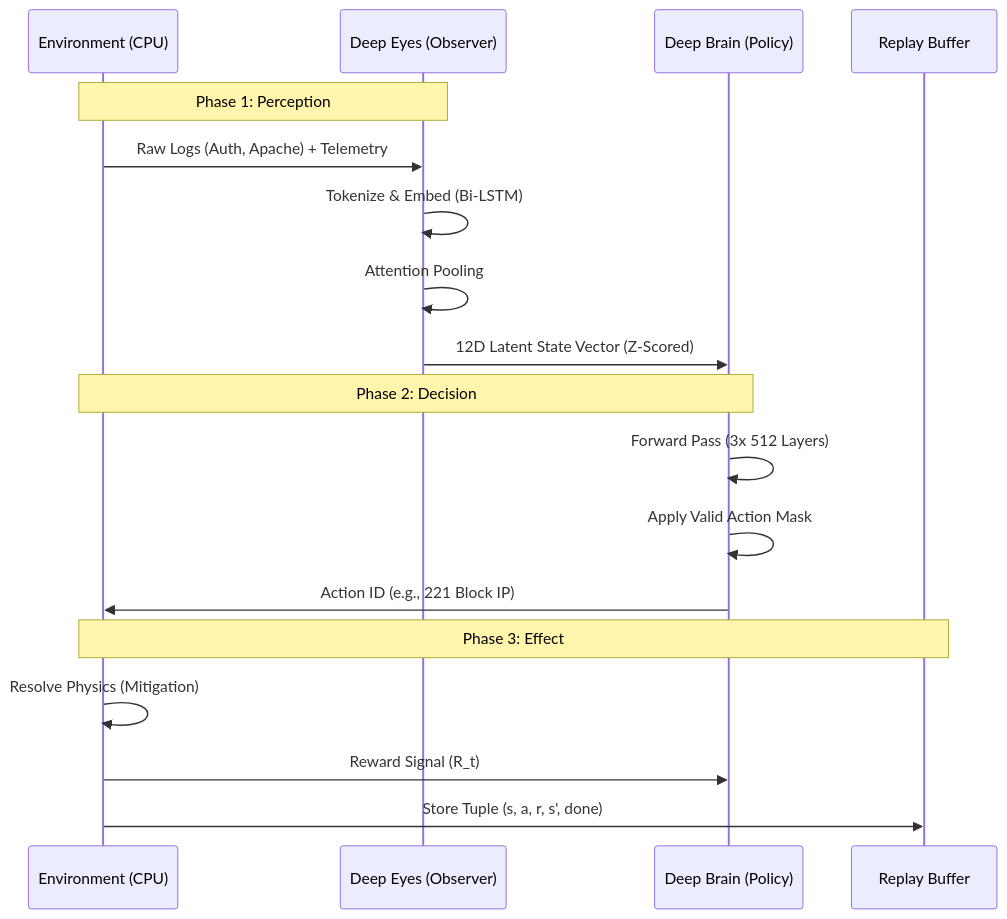
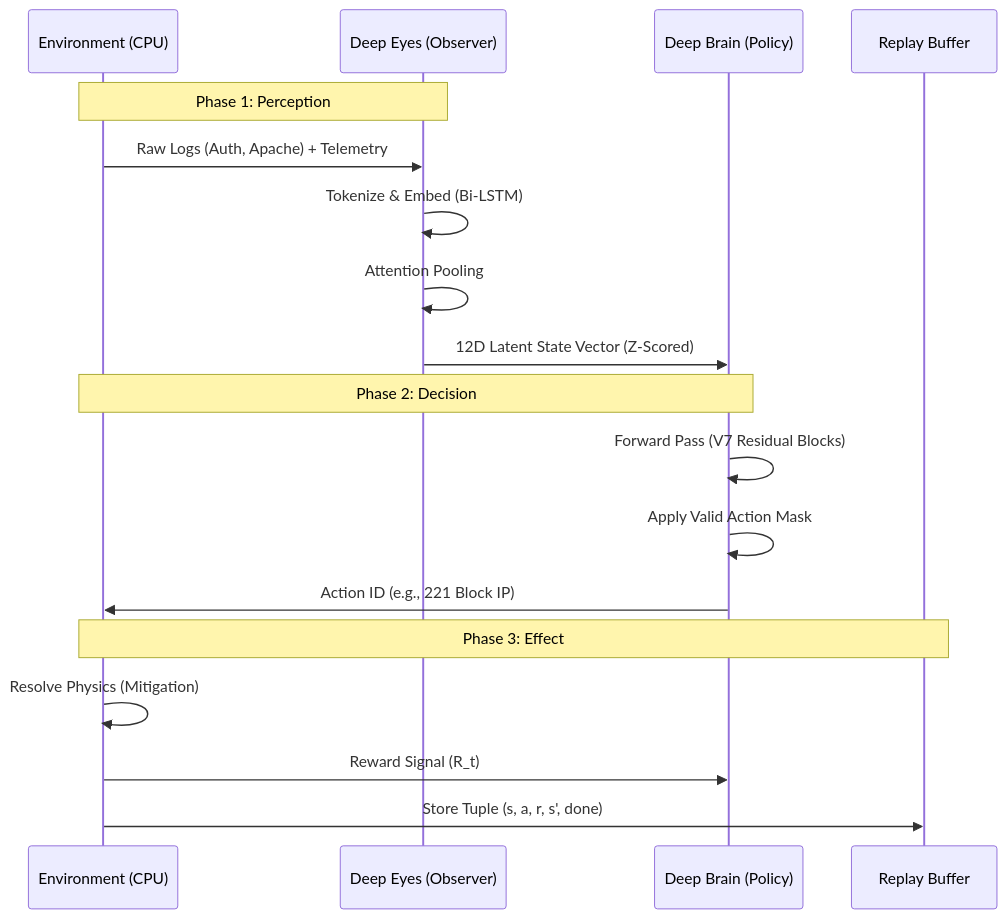
Before and after one commit to didi-09/AI_DRIVEN_SOAR: the second of 6 diagrams in README.md, drawn with Mermaid. The commit also changed other lines of this file, not shown here.

````diff
--- a/README.md
+++ b/README.md
@@ -70,23 +70,23 @@
 ```mermaid
 sequenceDiagram
     participant World as Environment (CPU)
     participant Observer as Deep Eyes (Observer)
     participant Agent as Deep Brain (Policy)
     participant Buffer as Replay Buffer
     
     Note over World, Observer: Phase 1: Perception
     World->>Observer: Raw Logs (Auth, Apache) + Telemetry
     Observer->>Observer: Tokenize & Embed (Bi-LSTM)
     Observer->>Observer: Attention Pooling
     Observer->>Agent: 12D Latent State Vector (Z-Scored)
     
     Note over Agent, World: Phase 2: Decision
-    Agent->>Agent: Forward Pass (3x 512 Layers)
+    Agent->>Agent: Forward Pass (V7 Residual Blocks)
     Agent->>Agent: Apply Valid Action Mask
     Agent->>World: Action ID (e.g., 221 Block IP)
     
     Note over World, Buffer: Phase 3: Effect
     World->>World: Resolve Physics (Mitigation)
     World->>Agent: Reward Signal (R_t)
     World->>Buffer: Store Tuple (s, a, r, s', done)
 ```
````
